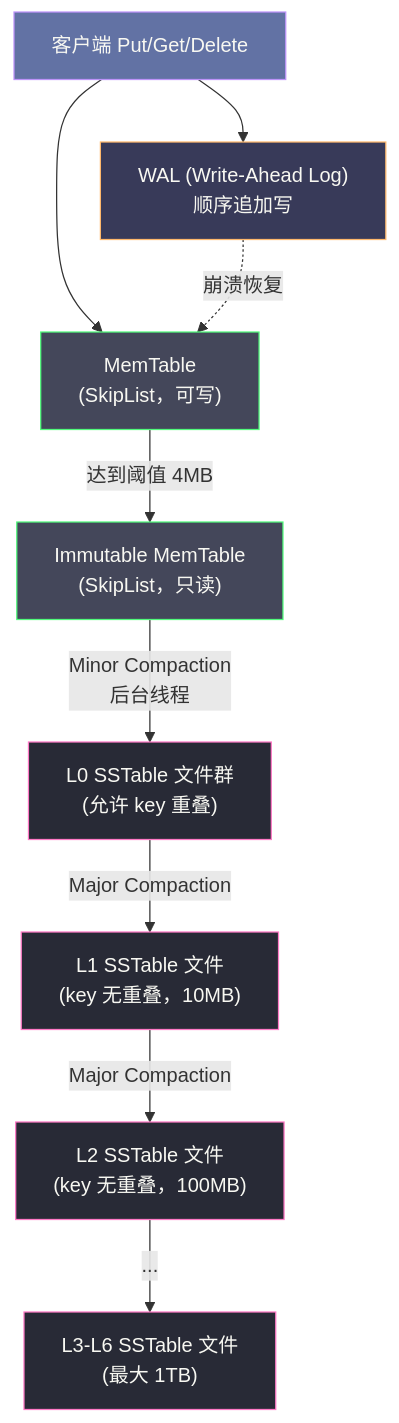
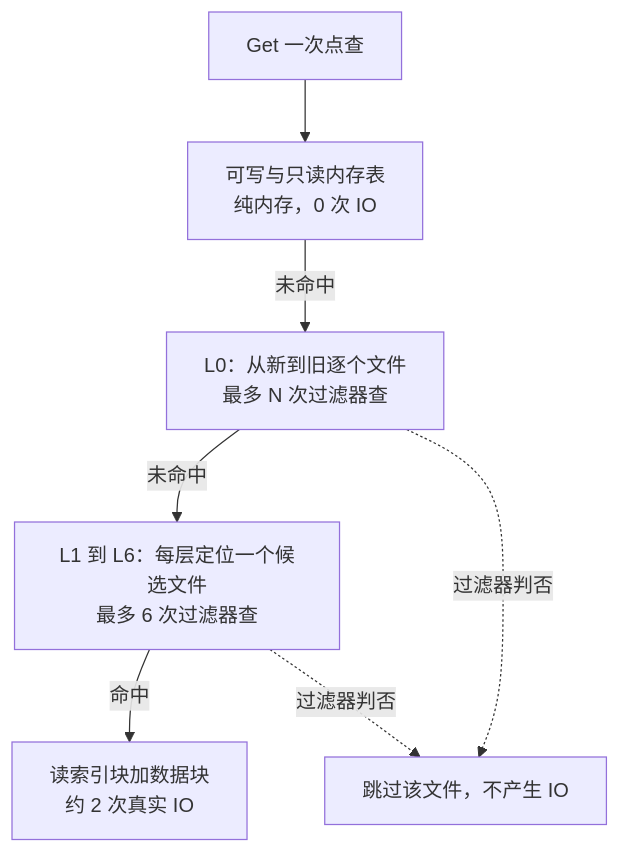
Before and after one commit to hpliStartAgain/my-brain: the third of 5 diagrams in content/中间件/Leveldb/01 LevelDB 全局架构——LSM-Tree 的写优化设计.md, drawn with Mermaid. The commit also changed other lines of this file and 455 other files, not shown here.

````diff
--- a/content/中间件/Leveldb/01 LevelDB 全局架构——LSM-Tree 的写优化设计.md
+++ b/content/中间件/Leveldb/01 LevelDB 全局架构——LSM-Tree 的写优化设计.md
@@ -137,22 +129,10 @@
 ```mermaid
-graph TD
-    classDef client fill:#6272a4,stroke:#bd93f9,color:#f8f8f2
-    classDef memory fill:#44475a,stroke:#50fa7b,color:#f8f8f2
-    classDef disk fill:#282a36,stroke:#ff79c6,color:#f8f8f2
-    classDef bg fill:#383a59,stroke:#ffb86c,color:#f8f8f2
-
-    A["客户端 Put/Get/Delete"] --> B["MemTable<br/>(SkipList，可写)"]
-    A --> W["WAL (Write-Ahead Log)<br/>顺序追加写"]
-    B -->|"达到阈值 4MB"| C["Immutable MemTable<br/>(SkipList，只读)"]
-    C -->|"Minor Compaction<br/>后台线程"| D["L0 SSTable 文件群<br/>(允许 key 重叠)"]
-    D -->|"Major Compaction"| E["L1 SSTable 文件<br/>(key 无重叠，10MB)"]
-    E -->|"Major Compaction"| F["L2 SSTable 文件<br/>(key 无重叠，100MB)"]
-    F -->|"..."| G["L3-L6 SSTable 文件<br/>(最大 1TB)"]
-
-    W -.->|"崩溃恢复"| B
-
-    class A client
-    class B,C memory
-    class D,E,F,G disk
-    class W bg
+%%{init: {'theme': 'dracula'}}%%
+flowchart TD
+    A["Get 一次点查"] --> B["可写与只读内存表<br/>纯内存，0 次 IO"]
+    B -->|"未命中"| C["L0：从新到旧逐个文件<br/>最多 N 次过滤器查"]
+    C -->|"未命中"| D["L1 到 L6：每层定位一个候选文件<br/>最多 6 次过滤器查"]
+    D -->|"命中"| E["读索引块加数据块<br/>约 2 次真实 IO"]
+    C -.->|"过滤器判否"| F["跳过该文件，不产生 IO"]
+    D -.->|"过滤器判否"| F
 ```
````
